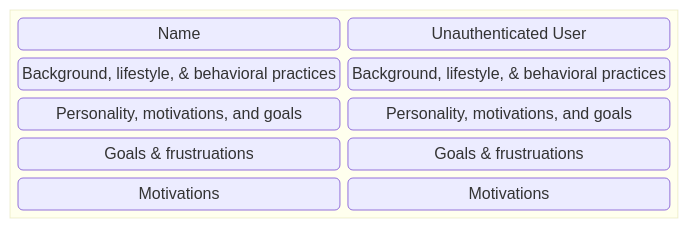
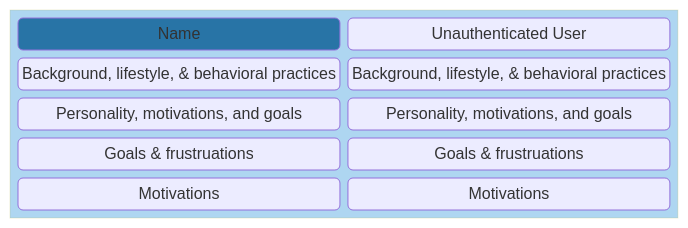
One commit to chingu-voyages/Handbook changed the second of 2 diagrams in docs/resources/techresources/uiux.md. Above: the diagram before and after it, drawn with Mermaid.

Commit message:
Feature: Add persona template

````diff
--- a/docs/resources/techresources/uiux.md
+++ b/docs/resources/techresources/uiux.md
@@ -92,17 +92,19 @@
 ```mermaid
 block-beta
   columns 1
-  block:LABELS
+  block:TEMPLATE
     columns 2
     NAME("Name")
     VNAME("Unauthenticated User")
     DEMOGRAPHICS("Background, lifestyle, & behavioral practices")
     VDEMOGRAPHICS("Background, lifestyle, & behavioral practices")
     ARCHETYPES("Personality, motivations, and goals")
     VARCHETYPES("Personality, motivations, and goals")
     GOALS("Goals & frustruations")
     VGOALS("Goals & frustruations")
     MOTIVATIONS("Motivations")
     VMOTIVATIONS("Motivations")
   end
+  style TEMPLATE fill:#aed6f1
+  style NAME fill:#2874a6
 ```
````
